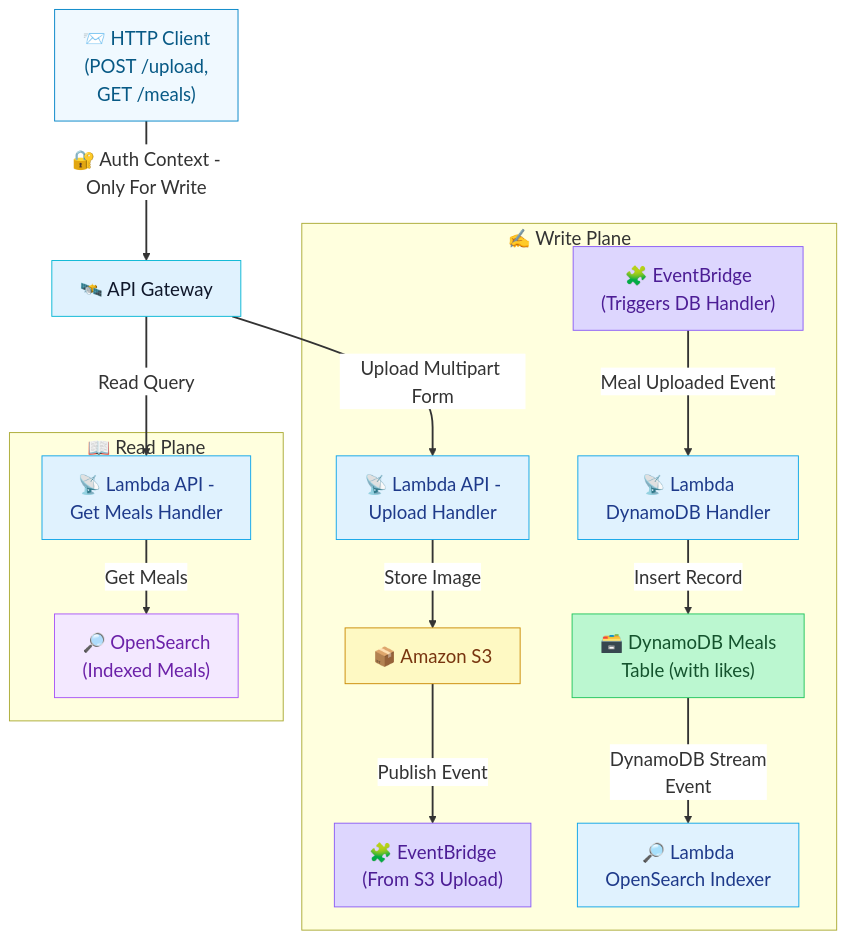
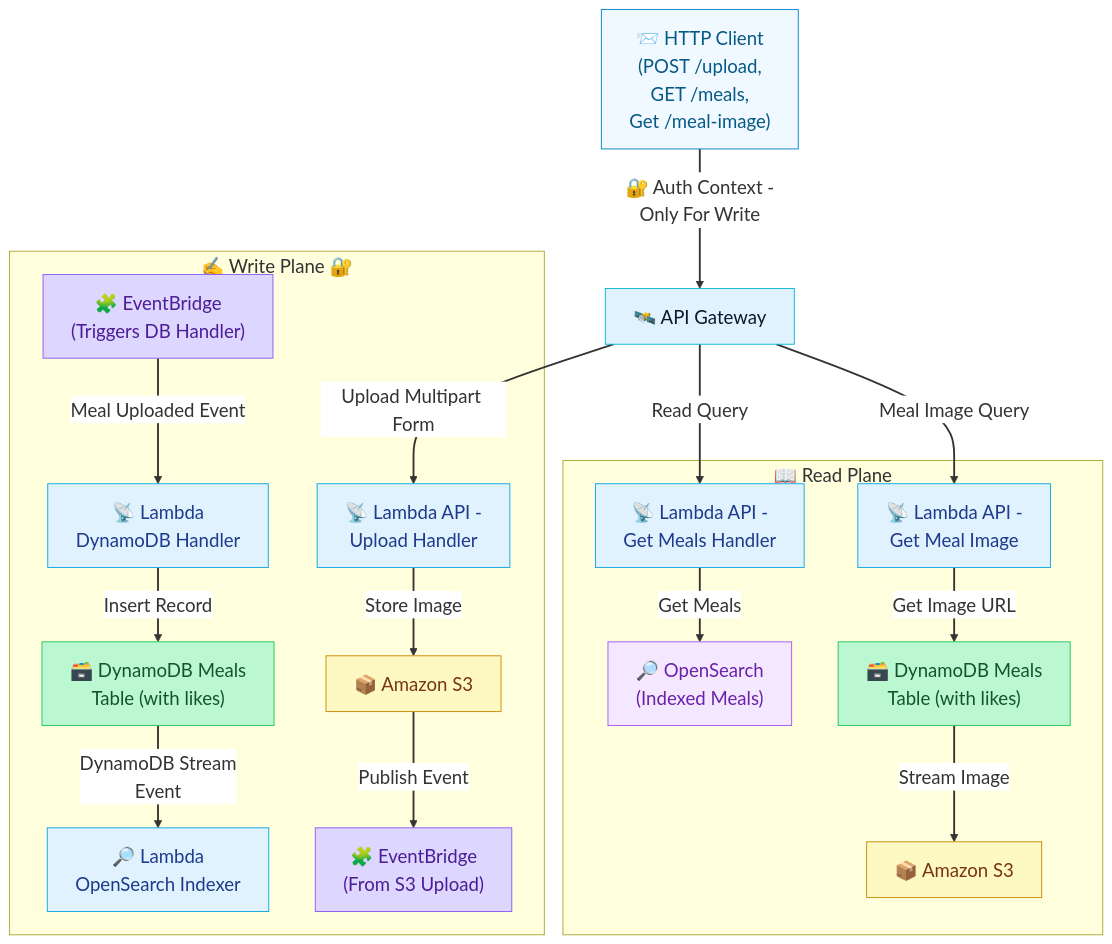
One commit to Venkat-Gorla/smartmeal-serverless changed the diagram in services/docs/write_plane.mmd. Above: the diagram before and after it, drawn with Mermaid.

Commit message:
[mermaid] read plane - get meal image query

```diff
--- a/services/docs/write_plane.mmd
+++ b/services/docs/write_plane.mmd
@@ -1,46 +1,53 @@
 %%{init: {"theme": "default", "themeVariables": { "fontSize": "20px", "primaryColor": "#E0F2FE", "edgeLabelBackground":"#ffffff"}}}%%
 flowchart TD
 
-  A["📨 HTTP Client<br/>(POST /upload,<br/>GET /meals)"]:::client
+  A["📨 HTTP Client<br/>(POST /upload,<br/>GET /meals,<br/>Get /meal-image)"]:::client
   Y["🛰️ API Gateway"]:::apigw
 
   %% Write Plane
-  subgraph WRITE["✍️ Write Plane"]
+  subgraph WRITE["✍️ Write Plane 🔐"]
     B["📡 Lambda API -<br/>Upload Handler"]:::lambda
     C["📦 Amazon S3"]:::s3
     D["🧩 EventBridge<br/>(From S3 Upload)"]:::event
     E["🧩 EventBridge<br/>(Triggers DB Handler)"]:::event
     F["📡 Lambda<br/>DynamoDB Handler"]:::lambda
     G["🗃️ DynamoDB Meals<br/>Table (with likes)"]:::ddb
     H["🔎 Lambda<br/>OpenSearch Indexer"]:::lambda
   end
 
   %% Read Plane
   subgraph READ["📖 Read Plane"]
     R1["📡 Lambda API -<br/>Get Meals Handler"]:::lambda
     R2["🔎 OpenSearch<br/>(Indexed Meals)"]:::search
+
+    R3["📡 Lambda API -<br/>Get Meal Image"]:::lambda
+    R4["🗃️ DynamoDB Meals<br/>Table (with likes)"]:::ddb
+    R5["📦 Amazon S3"]:::s3
   end
 
   %% Client routes
   A -->|🔐 Auth Context -<br/>Only For Write| Y
   Y -->|Upload Multipart Form| B
   Y -->|Read Query| R1
+  Y -->|Meal Image Query| R3
   R1 -->|Get Meals| R2
+  R3 -->|Get Image URL| R4
+  R4 -->|Stream Image| R5
 
   %% Write flow
   B -->|Store Image| C
   C -->|Publish Event| D
   E -->|Meal Uploaded Event| F
   F -->|Insert Record| G
   G -->|DynamoDB Stream<br/>Event| H
 
   %% Class styles
   classDef client fill:#F0F9FF,stroke:#0284C7,color:#075985;
   classDef apigw fill:#E0F2FE,stroke:#06B6D4,color:#0F172A;
   classDef lambda fill:#E0F2FE,stroke:#0EA5E9,color:#1E3A8A;
   classDef s3 fill:#FEF9C3,stroke:#CA8A04,color:#78350F;
   classDef event fill:#DDD6FE,stroke:#8B5CF6,color:#4C1D95;
   classDef ddb fill:#BBF7D0,stroke:#22C55E,color:#14532D;
   classDef search fill:#F3E8FF,stroke:#A855F7,color:#6B21A8;
 
   linkStyle default stroke-width:2px,fill:none;
```
